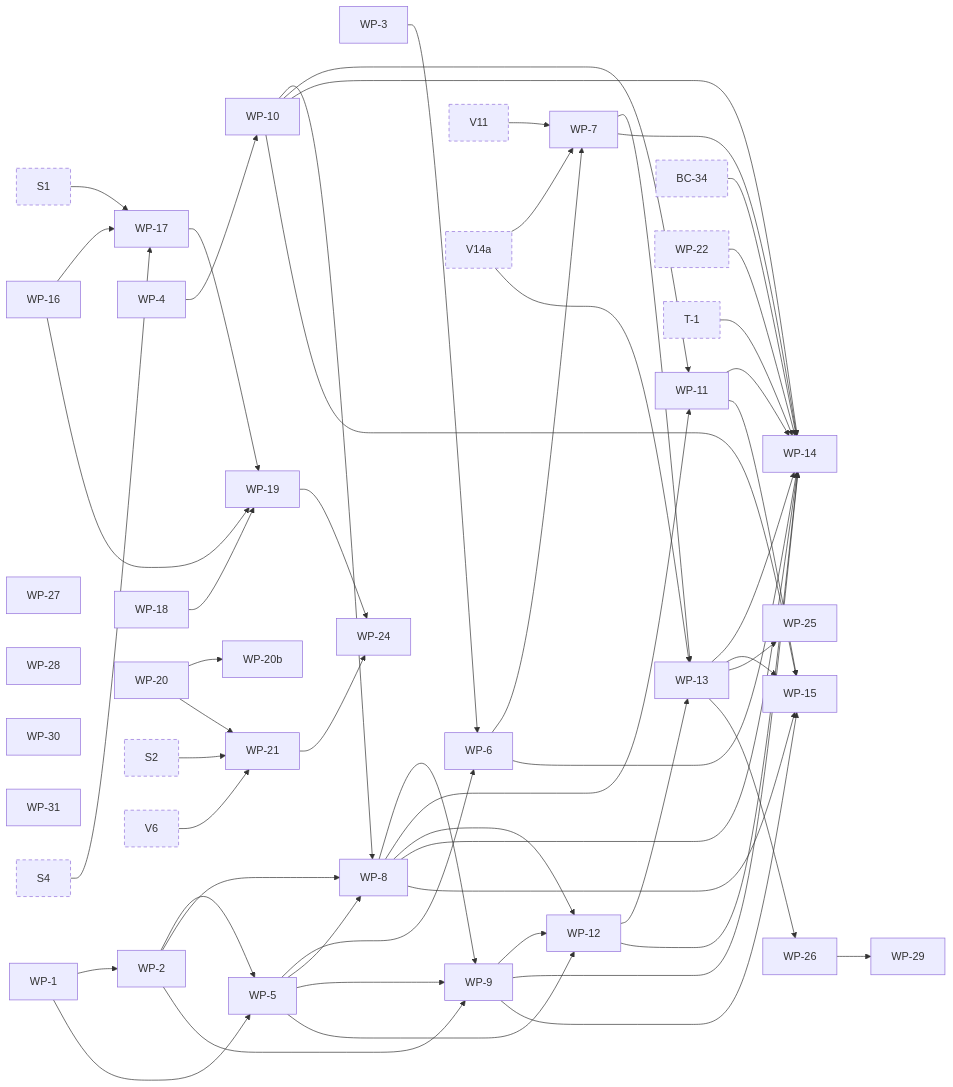
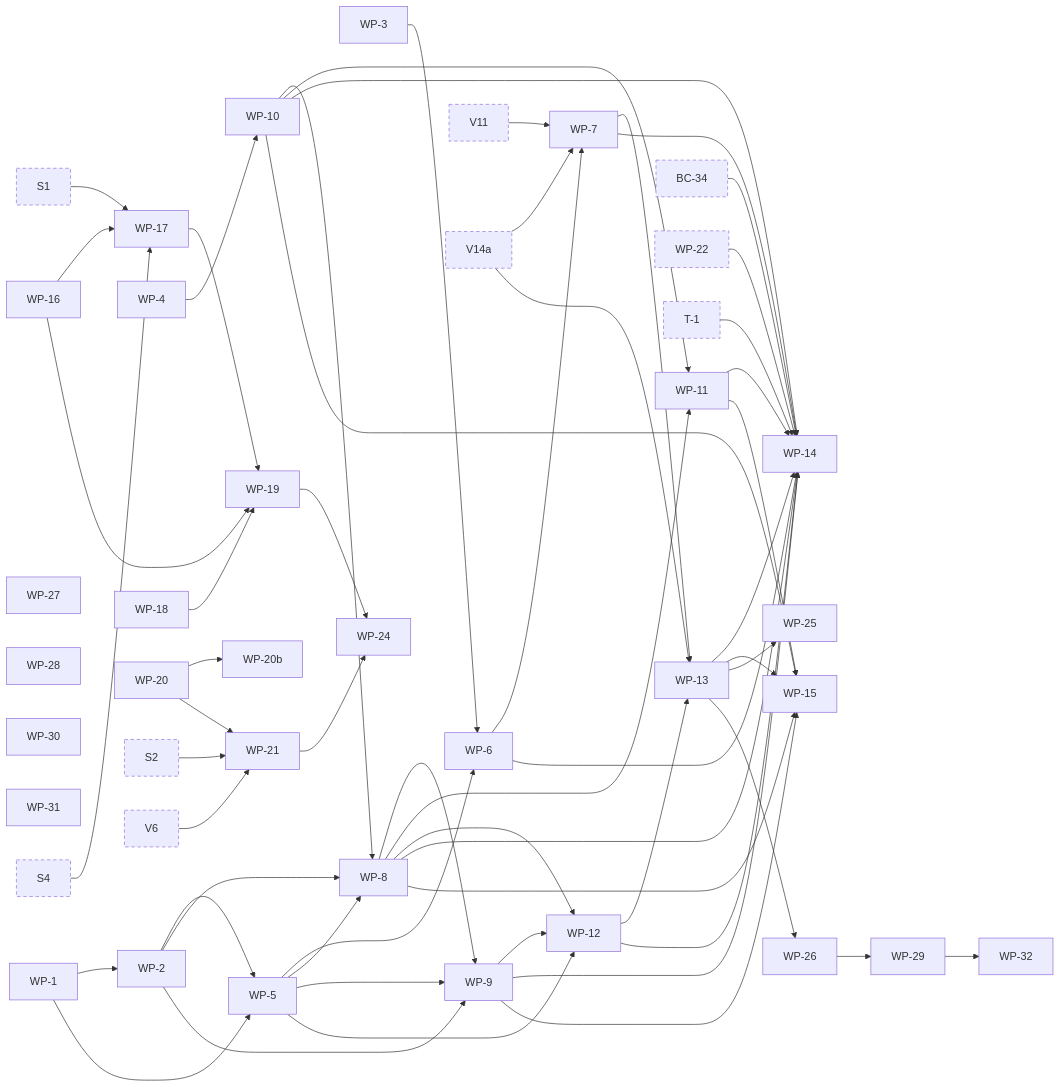
One commit to jhoblitt/rgw-go changed the eighth of 11 diagrams in docs/superpowers/plans/2026-10-13-phase-2/dependencies.md. Above: the diagram before and after it, drawn with Mermaid. The commit also changed other lines of this file and 2 other files, not shown here.

Commit message:
docs(plan): add task WP-32 from WP-29's review
WP-29's scoped re-review found that a CompleteMultipartUpload adds the
encryption condition keys from its headers but checks none of them. A
valued x-amz-server-side-encryption on a completion therefore satisfies a
bucket policy Null condition written to require encryption, and finishes
an upload stored in the clear. radosgw does the same at v19.2.7, v20.2.4
and v20.2.5. WP-29 refuses the empty value; WP-32 refuses the valued one
with 501, as the other writes do.

```diff
--- a/docs/superpowers/plans/2026-10-13-phase-2/dependencies.md
+++ b/docs/superpowers/plans/2026-10-13-phase-2/dependencies.md
@@ -892,6 +892,7 @@
   t_WP_29["WP-29"]
   t_WP_30["WP-30"]
   t_WP_31["WP-31"]
+  t_WP_32["WP-32"]
   t_S1["S1"]:::ext
   t_S2["S2"]:::ext
   t_S4["S4"]:::ext
@@ -955,6 +956,7 @@
   t_WP_13 --> t_WP_25
   t_WP_13 --> t_WP_26
   t_WP_26 --> t_WP_29
+  t_WP_29 --> t_WP_32
   click t_WP_1 href "https://github.com/jhoblitt/rgw-go/blob/main/docs/superpowers/plans/2026-10-13-phase-2/WP-write-path.md#task-wp-1-checksum-types-and-record" "WP-1: checksum types and record"
   click t_WP_2 href "https://github.com/jhoblitt/rgw-go/blob/main/docs/superpowers/plans/2026-10-13-phase-2/WP-write-path.md#task-wp-2-digests-and-combiners" "WP-2: digests and combiners"
   click t_WP_3 href "https://github.com/jhoblitt/rgw-go/blob/main/docs/superpowers/plans/2026-10-13-phase-2/WP-write-path.md#task-wp-3-trailer-values" "WP-3: trailer values"
@@ -985,6 +987,7 @@
   click t_WP_29 href "https://github.com/jhoblitt/rgw-go/blob/main/docs/superpowers/plans/2026-10-13-phase-2/WP-write-path.md#task-wp-29-an-empty-sse-c-algorithm-header-answers-as-radosgw-does-on-every-sse-c-path" "WP-29: an empty SSE-C algorithm header answers as radosgw does on every SSE-C path"
   click t_WP_30 href "https://github.com/jhoblitt/rgw-go/blob/main/docs/superpowers/plans/2026-10-13-phase-2/WP-write-path.md#task-wp-30-a-copy-within-one-placement-shares-the-sources-tails-comparing-the-canonical-class" "WP-30: a copy within one placement shares the source's tails, comparing the canonical class"
   click t_WP_31 href "https://github.com/jhoblitt/rgw-go/blob/main/docs/superpowers/plans/2026-10-13-phase-2/WP-write-path.md#task-wp-31-copyobject-honours-x-amz-tagging-directive" "WP-31: CopyObject honours x-amz-tagging-directive"
+  click t_WP_32 href "https://github.com/jhoblitt/rgw-go/blob/main/docs/superpowers/plans/2026-10-13-phase-2/WP-write-path.md#task-wp-32-a-completemultipartupload-that-asks-for-encryption-answers-as-the-writes-do" "WP-32: a CompleteMultipartUpload that asks for encryption answers as the writes do"
   click t_S1 href "https://github.com/jhoblitt/rgw-go/blob/main/docs/superpowers/plans/2026-10-13-phase-2/00-index.md#task-s1-fakeradoss-rgw-class-as-method-tables" "S1: fakerados's rgw class as method tables"
   click t_S2 href "https://github.com/jhoblitt/rgw-go/blob/main/docs/superpowers/plans/2026-10-13-phase-2/00-index.md#task-s2-route-sets-per-feature-and-the-env-slots" "S2: route sets per feature and the Env slots"
   click t_S4 href "https://github.com/jhoblitt/rgw-go/blob/main/docs/superpowers/plans/2026-10-13-phase-2/00-index.md#task-s4-fakerados-refuses-an-unregistered-class-method-at-op-setup" "S4: fakerados refuses an unregistered class method at op setup"
```
